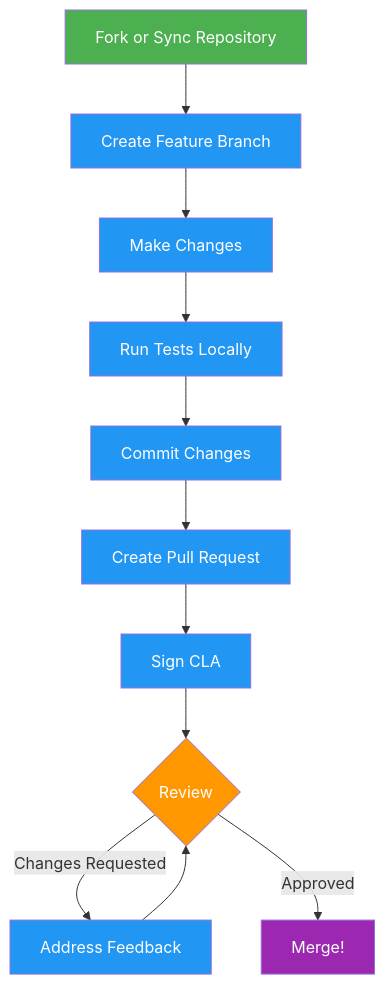
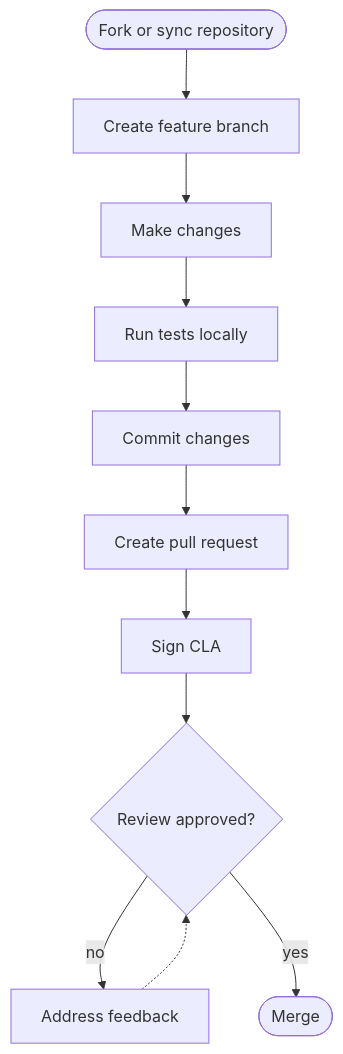
One commit to ultralytics/handbook changed the diagram in docs/en/workflows/development.md. Above: the diagram before and after it, drawn with Mermaid. The commit also changed 16 other files, not shown here.

Commit message:
Migrate handbook Mermaid diagrams to the unified design system (#363)

````diff
--- a/docs/en/workflows/development.md
+++ b/docs/en/workflows/development.md
@@ -40,18 +40,13 @@
 ```mermaid
 flowchart TD
-    A[Fork or Sync Repository]:::start --> B[Create Feature Branch]:::proc
-    B --> C[Make Changes]:::proc
-    C --> D[Run Tests Locally]:::proc
-    D --> E[Commit Changes]:::proc
-    E --> F[Create Pull Request]:::proc
-    F --> G[Sign CLA]:::proc
-    G --> H{Review}:::decide
-    H -->|Changes Requested| I[Address Feedback]:::proc
-    I --> H
-    H -->|Approved| J[Merge!]:::out
-
-    classDef start fill:#4CAF50,color:#fff
-    classDef proc fill:#2196F3,color:#fff
-    classDef decide fill:#FF9800,color:#fff
-    classDef out fill:#9C27B0,color:#fff
+    A([Fork or sync repository]) --> B[Create feature branch]
+    B --> C[Make changes]
+    C --> D[Run tests locally]
+    D --> E[Commit changes]
+    E --> F[Create pull request]
+    F --> G[Sign CLA]
+    G --> H{Review approved?}
+    H -->|no| I[Address feedback]
+    I -.-> H
+    H -->|yes| J([Merge])
 ```
````
